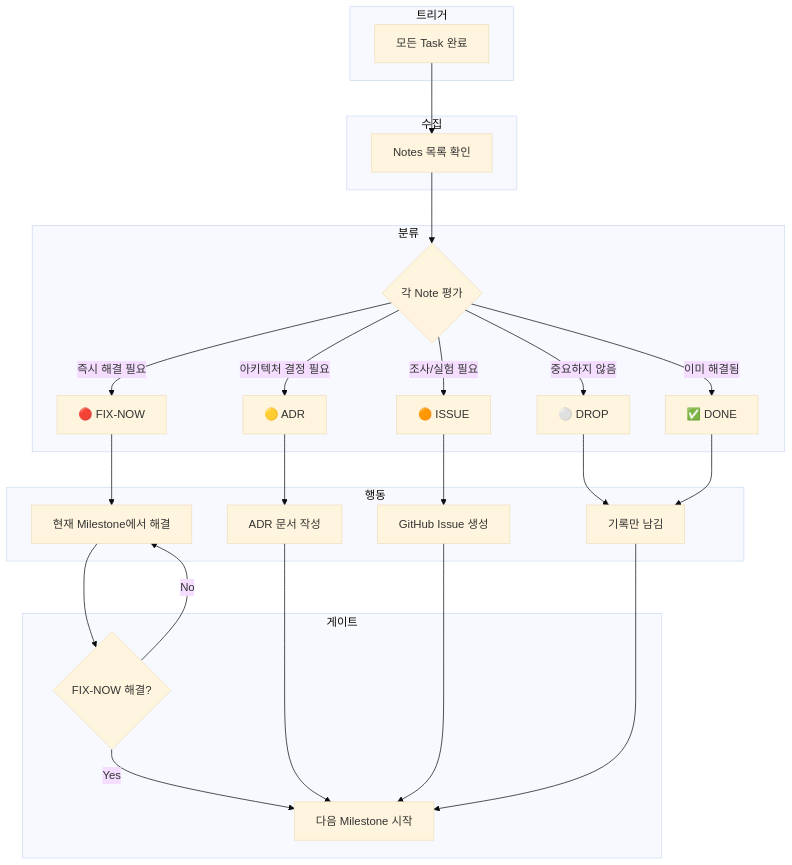
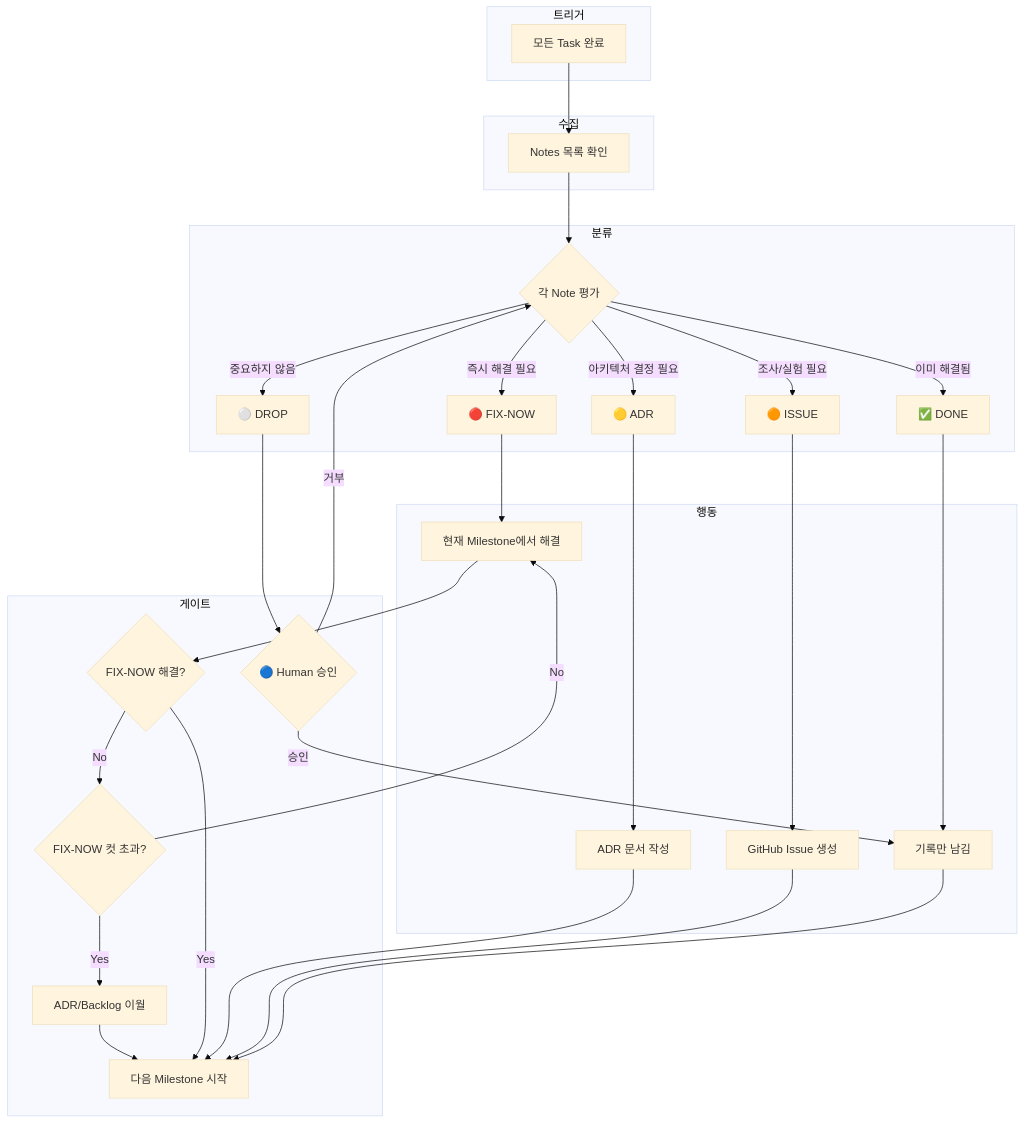
The sixth of 8 diagrams in docs/workflow.md (cagojeiger/code-hub), drawn with Mermaid (base theme) before and after one commit. The commit also changed other lines of this file, not shown here.

First line of the commit message:
docs(workflow): add DEFER definition and close logical gaps

````diff
--- a/docs/workflow.md
+++ b/docs/workflow.md
@@ -314,37 +351,42 @@
 ```mermaid
 flowchart TD
     subgraph Trigger["트리거"]
         ALL_TASK_DONE[모든 Task 완료]
     end
 
     subgraph Collect["수집"]
         ALL_TASK_DONE --> NOTES[Notes 목록 확인]
     end
 
     subgraph Classify["분류"]
         NOTES --> ASSESS{각 Note 평가}
 
         ASSESS -->|즉시 해결 필요| FIX["🔴 FIX-NOW"]
         ASSESS -->|아키텍처 결정 필요| ADR["🟡 ADR"]
         ASSESS -->|조사/실험 필요| ISSUE["🟠 ISSUE"]
         ASSESS -->|중요하지 않음| DROP["⚪ DROP"]
         ASSESS -->|이미 해결됨| DONE["✅ DONE"]
     end
 
     subgraph Act["행동"]
         FIX --> BLOCK[현재 Milestone에서 해결]
         ADR --> ADR_DOC[ADR 문서 작성]
         ISSUE --> GH_ISSUE[GitHub Issue 생성]
-        DROP --> ARCHIVE[기록만 남김]
-        DONE --> ARCHIVE
+        DONE --> ARCHIVE[기록만 남김]
     end
 
     subgraph Gate["게이트"]
         BLOCK --> CHECK{FIX-NOW 해결?}
-        CHECK -->|No| BLOCK
-        CHECK -->|Yes| NEXT[다음 Milestone 시작]
+        CHECK -->|No| CUT_CHECK{FIX-NOW 컷 초과?}
+        CUT_CHECK -->|No| BLOCK
+        CUT_CHECK -->|Yes| DEFER[ADR/Backlog 이월]
+        DEFER --> NEXT[다음 Milestone 시작]
+        CHECK -->|Yes| NEXT
         ADR_DOC --> NEXT
         GH_ISSUE --> NEXT
+        DROP --> HUMAN_OK{🔵 Human 승인}
+        HUMAN_OK -->|승인| ARCHIVE
+        HUMAN_OK -->|거부| ASSESS
         ARCHIVE --> NEXT
     end
 ```
````
